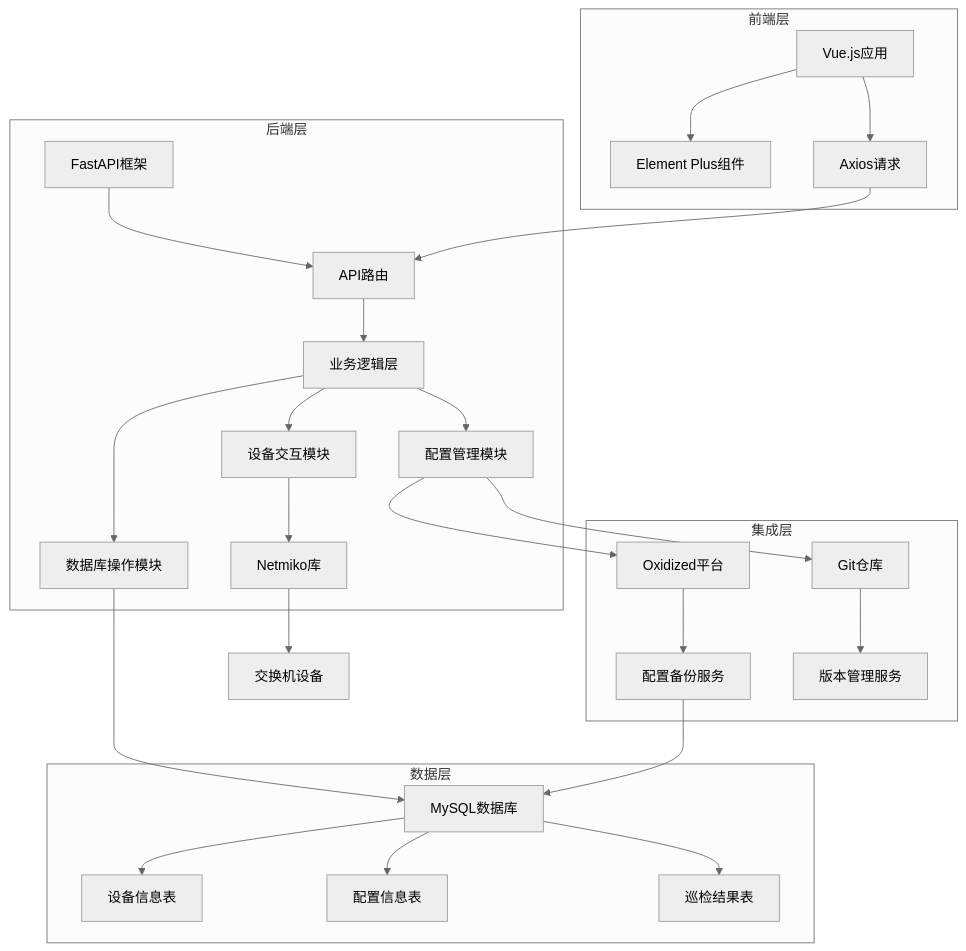
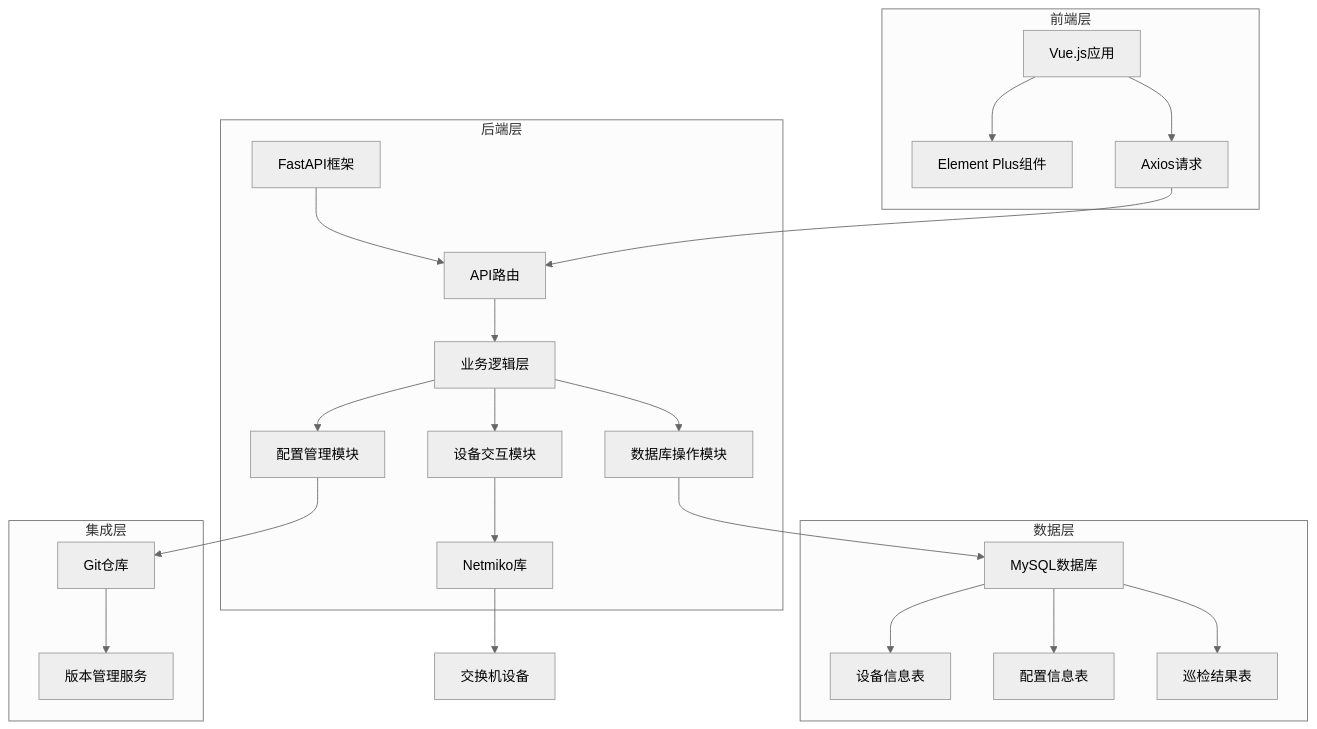
One commit to Cheney128/devopt_tools changed the third of 5 diagrams in docs/project_analysis.md. Above: the diagram before and after it, drawn with Mermaid (neutral theme). The commit also changed other lines of this file and 40 other files, not shown here.

````diff
--- a/docs/project_analysis.md
+++ b/docs/project_analysis.md
@@ -321,34 +321,31 @@
 ```mermaid
 flowchart TD
     subgraph 前端层
         A[Vue.js应用] --> B[Element Plus组件]
         A --> C[Axios请求]
     end
 
     subgraph 后端层
         D[FastAPI框架] --> E[API路由]
         E --> F[业务逻辑层]
         F --> G[设备交互模块]
         F --> H[数据库操作模块]
         F --> I[配置管理模块]
         G --> J[Netmiko库]
     end
 
     subgraph 数据层
         K[MySQL数据库] --> L[设备信息表]
         K --> M[配置信息表]
         K --> N[巡检结果表]
     end
 
     subgraph 集成层
-        O[Oxidized平台] --> P[配置备份服务]
         Q[Git仓库] --> R[版本管理服务]
     end
 
     C --> E
     J --> S[交换机设备]
     H --> K
-    I --> O
     I --> Q
-    P --> K
 ```
````
